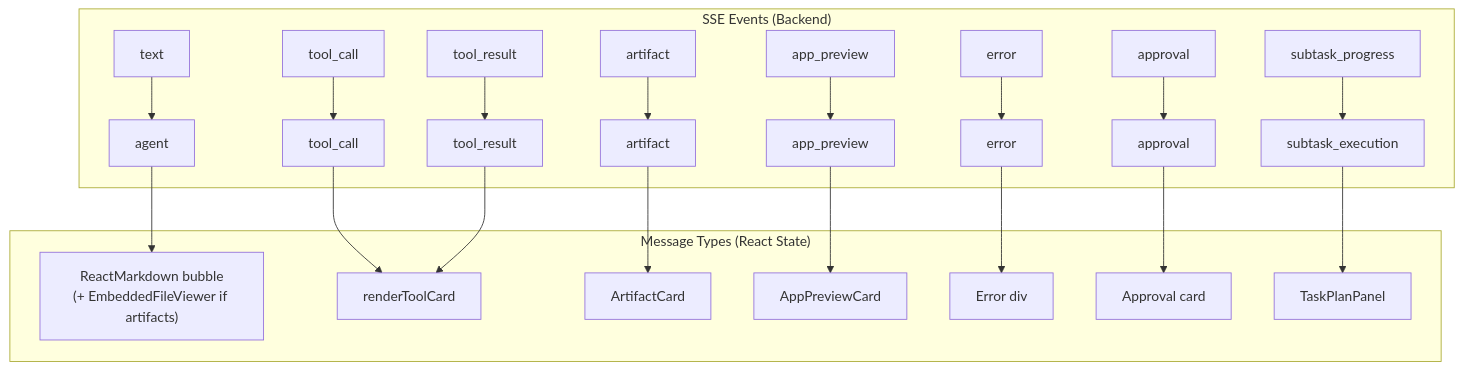
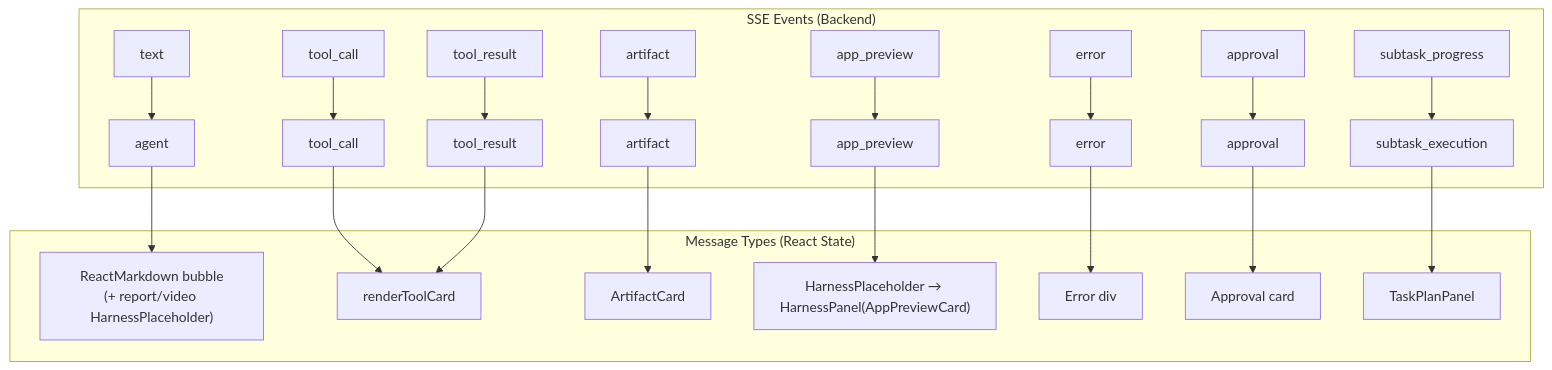
One commit to schardosin/astonish changed the third of 8 diagrams in docs/architecture/chat-rendering-pipeline.md. Above: the diagram before and after it, drawn with Mermaid. The commit also changed other lines of this file and 28 other files, not shown here.

First line of the commit message:
Add chat harness panel, tutorial blueprint gate, and core ffmpeg (#329)

````diff
--- a/docs/architecture/chat-rendering-pipeline.md
+++ b/docs/architecture/chat-rendering-pipeline.md
@@ -153,24 +153,24 @@
 ```mermaid
 graph TD
     subgraph "SSE Events (Backend)"
         E1[text] --> M1[agent]
         E2[tool_call] --> M2[tool_call]
         E3[tool_result] --> M3[tool_result]
         E4[artifact] --> M4[artifact]
         E5[app_preview] --> M5[app_preview]
         E6[error] --> M6[error]
         E7[approval] --> M7[approval]
         E8[subtask_progress] --> M8[subtask_execution]
     end
 
     subgraph "Message Types (React State)"
-        M1 --> C1["ReactMarkdown bubble<br/>(+ EmbeddedFileViewer if artifacts)"]
+        M1 --> C1["ReactMarkdown bubble<br/>(+ report/video HarnessPlaceholder)"]
         M2 --> C2[renderToolCard]
         M3 --> C2
         M4 --> C3[ArtifactCard]
-        M5 --> C4[AppPreviewCard]
+        M5 --> C4["HarnessPlaceholder → HarnessPanel(AppPreviewCard)"]
         M6 --> C5[Error div]
         M7 --> C6[Approval card]
         M8 --> C7[TaskPlanPanel]
     end
 ```
````
